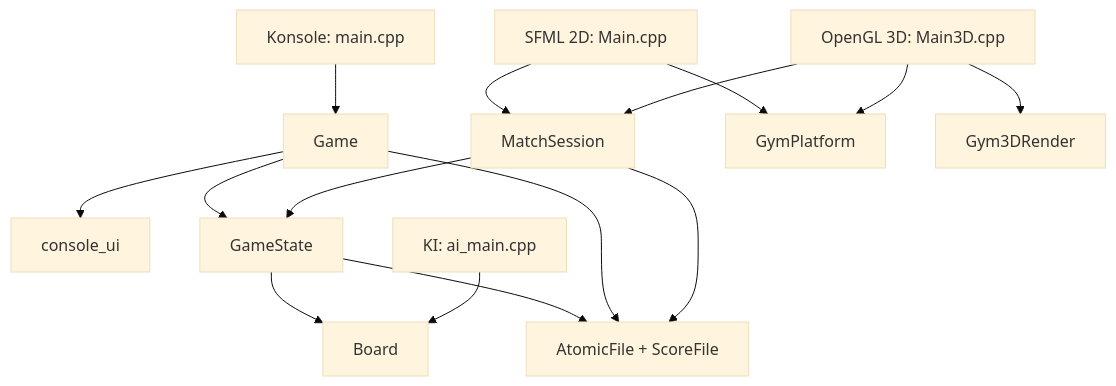
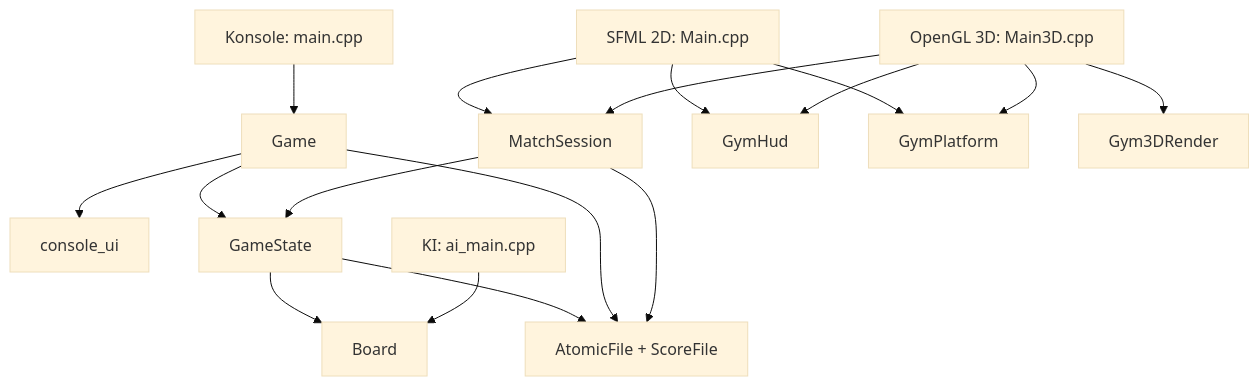
One commit to Julik527/vier-gewinnt-gym-edition-cpp changed the diagram in docs/ARCHITECTURE.md. Above: the diagram before and after it, drawn with Mermaid (base theme). The commit also changed other lines of this file and 15 other files, not shown here.

Commit message:
Unify F5 builds and share graphical drawing helpers

````diff
--- a/docs/ARCHITECTURE.md
+++ b/docs/ARCHITECTURE.md
@@ -19,17 +19,19 @@
 ```mermaid
 flowchart TD
     C["Konsole: main.cpp"] --> G["Game"]
     G --> U["console_ui"]
     G --> S["GameState"]
     S --> B["Board"]
     A["SFML 2D: Main.cpp"] --> M["MatchSession"]
     D["OpenGL 3D: Main3D.cpp"] --> M
     M --> S
     K["KI: ai_main.cpp"] --> B
+    A --> H["GymHud"]
+    D --> H
     A --> P["GymPlatform"]
     D --> P
     D --> R["Gym3DRender"]
     S --> F["AtomicFile + ScoreFile"]
     G --> F
     M --> F
 ```
````
